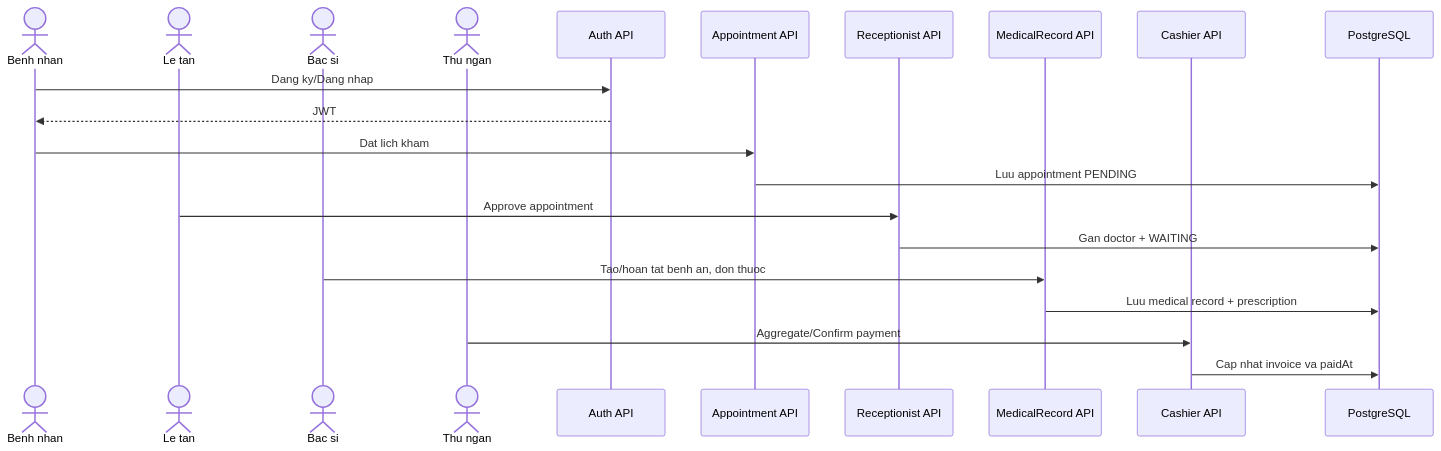
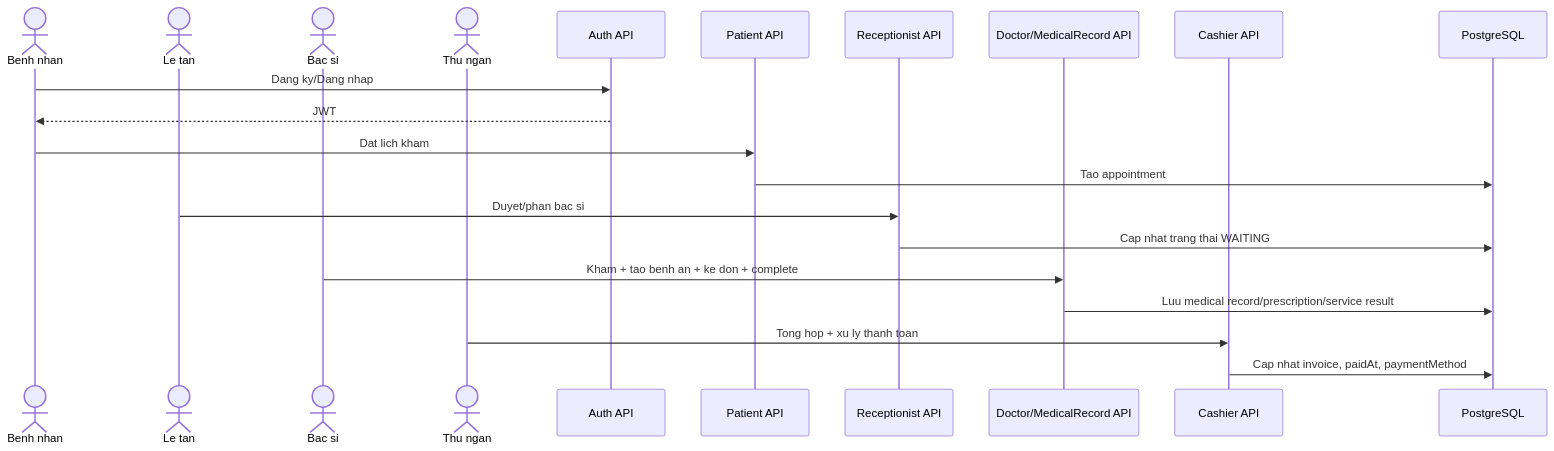
Before and after one commit to 22T1020552/khoaluantotnghiep1: the second of 2 diagrams in Backend/HE_THONG_PHONG_KHAM_TONG_HOP.md, drawn with Mermaid. The commit also changed other lines of this file and 2 other files, not shown here.

````diff
--- a/Backend/HE_THONG_PHONG_KHAM_TONG_HOP.md
+++ b/Backend/HE_THONG_PHONG_KHAM_TONG_HOP.md
@@ -201,28 +231,28 @@
 ```mermaid
 sequenceDiagram
     actor P as Benh nhan
     actor R as Le tan
     actor D as Bac si
     actor C as Thu ngan
-    participant A as Auth API
-    participant AP as Appointment API
+    participant AUTH as Auth API
+    participant PAT as Patient API
     participant REC as Receptionist API
-    participant MR as MedicalRecord API
-    participant CA as Cashier API
+    participant DOC as Doctor/MedicalRecord API
+    participant CAS as Cashier API
     participant DB as PostgreSQL
 
-    P->>A: Dang ky/Dang nhap
-    A-->>P: JWT
+    P->>AUTH: Dang ky/Dang nhap
+    AUTH-->>P: JWT
 
-    P->>AP: Dat lich kham
-    AP->>DB: Luu appointment PENDING
+    P->>PAT: Dat lich kham
+    PAT->>DB: Tao appointment
 
-    R->>REC: Approve appointment
-    REC->>DB: Gan doctor + WAITING
+    R->>REC: Duyet/phan bac si
+    REC->>DB: Cap nhat trang thai WAITING
 
-    D->>MR: Tao/hoan tat benh an, don thuoc
-    MR->>DB: Luu medical record + prescription
+    D->>DOC: Kham + tao benh an + ke don + complete
+    DOC->>DB: Luu medical record/prescription/service result
 
-    C->>CA: Aggregate/Confirm payment
-    CA->>DB: Cap nhat invoice va paidAt
+    C->>CAS: Tong hop + xu ly thanh toan
+    CAS->>DB: Cap nhat invoice, paidAt, paymentMethod
 ```
````
